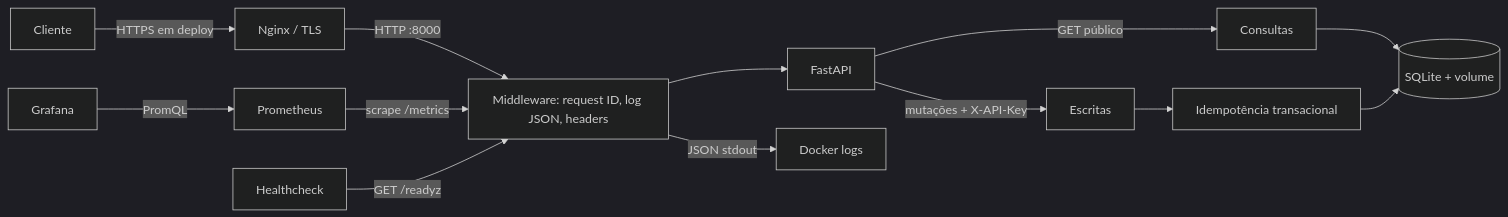
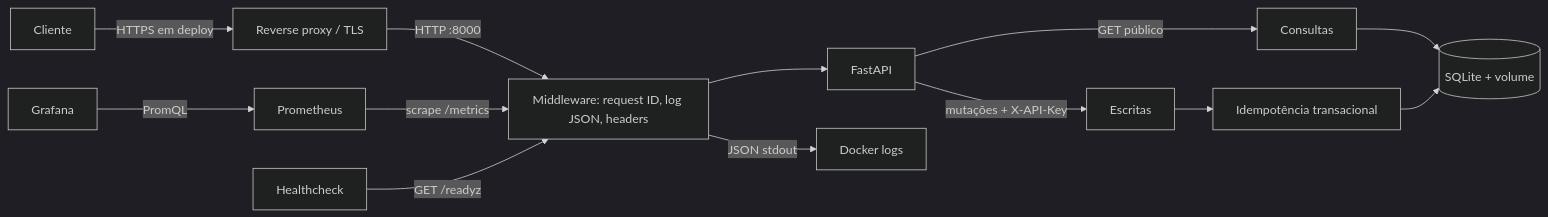
Before and after one commit to endeson12/devops-fastapi-lab: the diagram in README.md, drawn with Mermaid (dark theme). The commit also changed other lines of this file, not shown here.

Commit message:
docs: publicar demonstração da API

````diff
--- a/README.md
+++ b/README.md
@@ -21,15 +23,15 @@
 ```mermaid
 flowchart LR
-    C[Cliente] -->|HTTPS em deploy| N[Nginx / TLS]
+    C[Cliente] -->|HTTPS em deploy| N[Reverse proxy / TLS]
     N -->|HTTP :8000| M[Middleware: request ID, log JSON, headers]
     M --> A[FastAPI]
     A -->|GET público| Q[Consultas]
     A -->|mutações + X-API-Key| W[Escritas]
     W --> I[Idempotência transacional]
     Q --> D[(SQLite + volume)]
     I --> D
     P[Prometheus] -->|scrape /metrics| M
     G[Grafana] -->|PromQL| P
     H[Healthcheck] -->|GET /readyz| M
     M -->|JSON stdout| L[Docker logs]
 ```
````
